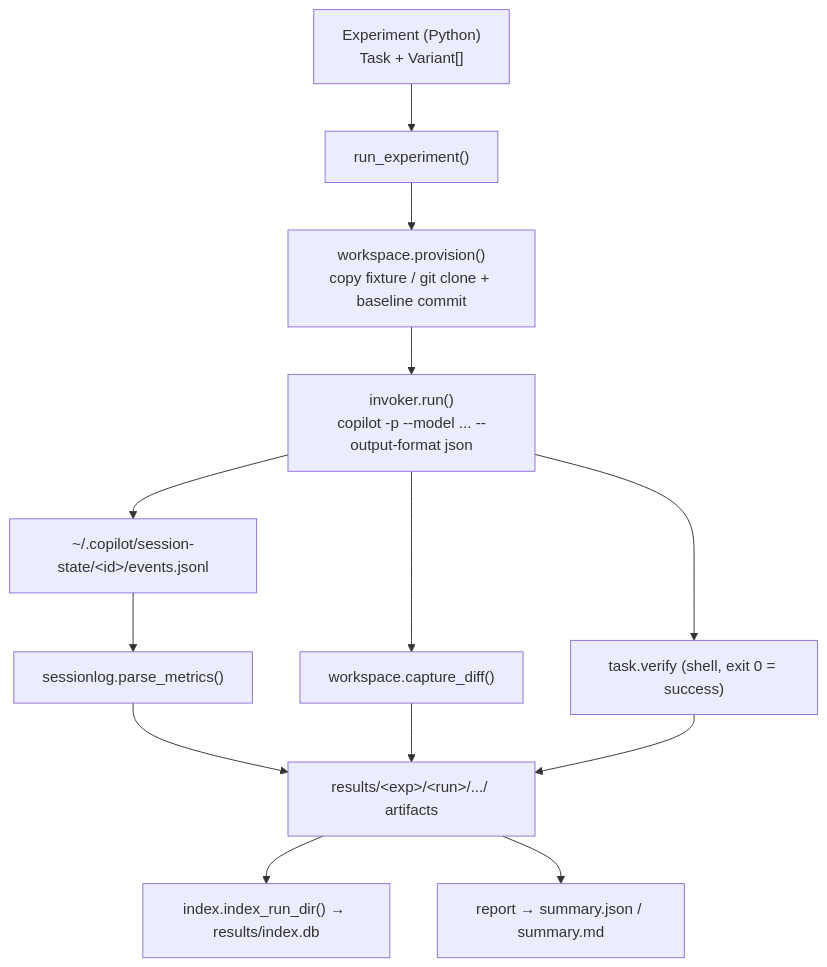
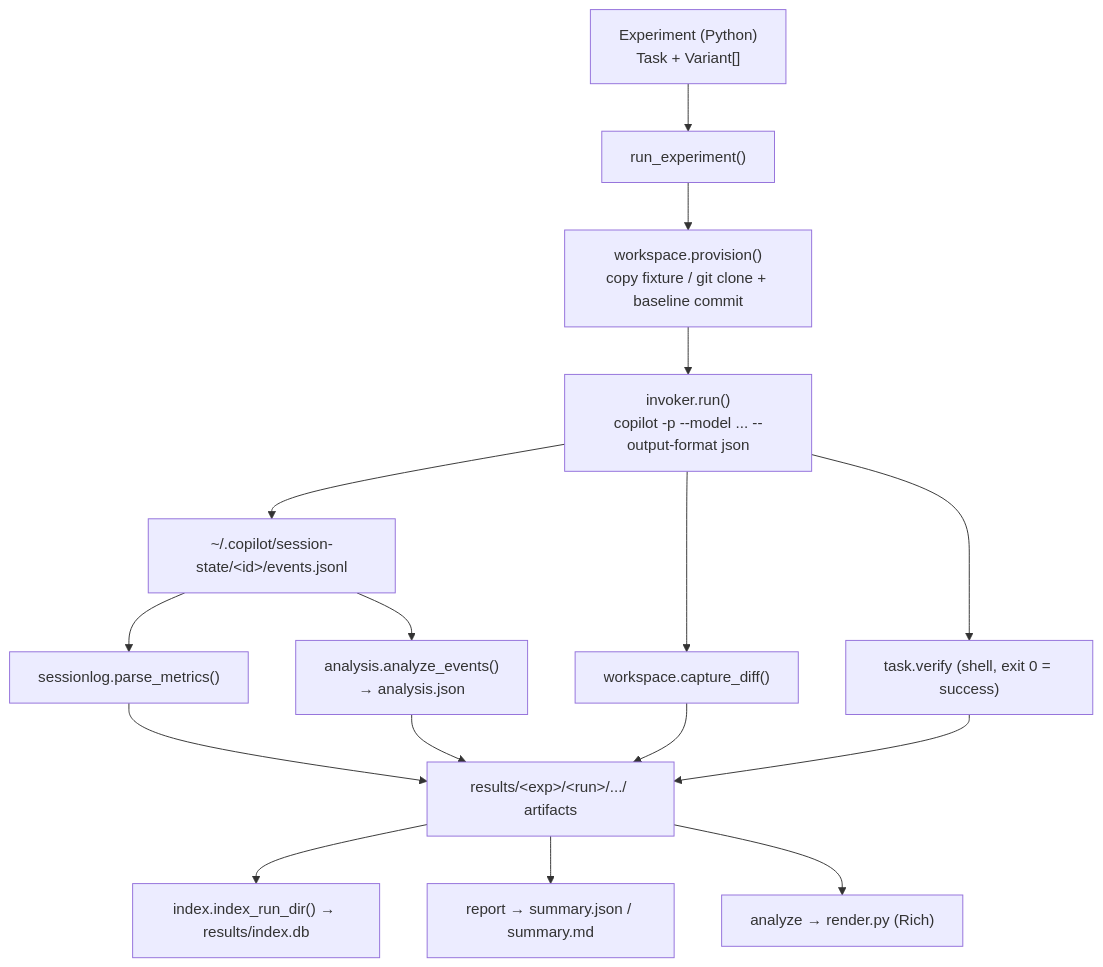
One commit to dbroeglin/github-copilot-lab changed the diagram in docs/architecture.md. Above: the diagram before and after it, drawn with Mermaid. The commit also changed other lines of this file and 27 other files, not shown here.

First line of the commit message:
Add session-log analysis tracer bullet (analyze command, ADRs, docs)

````diff
--- a/docs/architecture.md
+++ b/docs/architecture.md
@@ -8,15 +8,18 @@
 ```mermaid
 flowchart TD
     EXP["Experiment (Python)\nTask + Variant[]"] --> RUN["run_experiment()"]
     RUN --> PROV["workspace.provision()\ncopy fixture / git clone + baseline commit"]
     PROV --> INV["invoker.run()\ncopilot -p --model ... --output-format json"]
     INV --> SS["~/.copilot/session-state/&lt;id&gt;/events.jsonl"]
     SS --> PARSE["sessionlog.parse_metrics()"]
     INV --> DIFF["workspace.capture_diff()"]
     INV --> VERIFY["task.verify (shell, exit 0 = success)"]
     PARSE --> ART["results/&lt;exp&gt;/&lt;run&gt;/.../ artifacts"]
+    SS --> ANA["analysis.analyze_events()\n→ analysis.json"]
+    ANA --> ART
     DIFF --> ART
     VERIFY --> ART
     ART --> IDX["index.index_run_dir() → results/index.db"]
     ART --> REP["report → summary.json / summary.md"]
+    ART --> CLIA["analyze → render.py (Rich)"]
 ```
````
